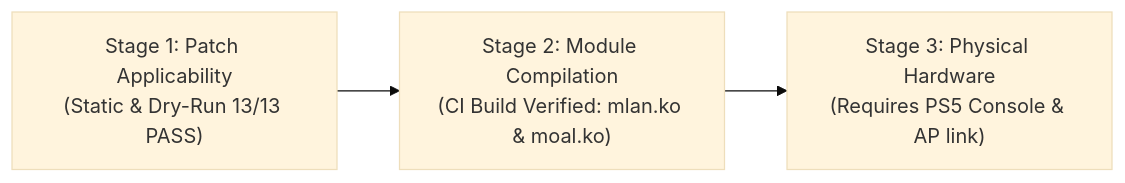
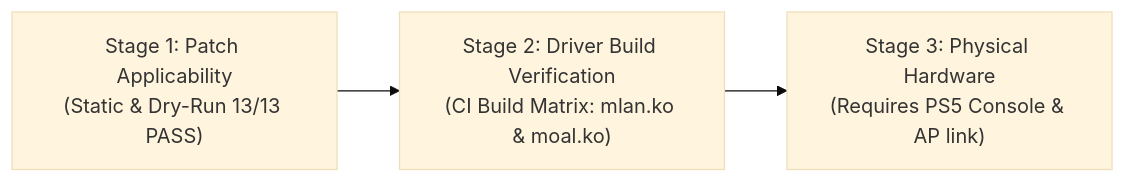
The diagram in patches/wifi/PS5_WIFI_DRIVER_FIX_README.md (ps5-linux/ps5-linux-loader), drawn with Mermaid (base theme) before and after one commit. The commit also changed other lines of this file and 5 other files, not shown here.

Commit message:
feat(wifi): expand CI build matrix for dual-stack modules and artifact retention

````diff
--- a/patches/wifi/PS5_WIFI_DRIVER_FIX_README.md
+++ b/patches/wifi/PS5_WIFI_DRIVER_FIX_README.md
@@ -67,5 +67,5 @@
 ```mermaid
 flowchart LR
-    A["Stage 1: Patch Applicability\n(Static & Dry-Run 13/13 PASS)"] --> B["Stage 2: Module Compilation\n(CI Build Verified: mlan.ko & moal.ko)"]
+    A["Stage 1: Patch Applicability\n(Static & Dry-Run 13/13 PASS)"] --> B["Stage 2: Driver Build Verification\n(CI Build Matrix: mlan.ko & moal.ko)"]
     B --> C["Stage 3: Physical Hardware\n(Requires PS5 Console & AP link)"]
 ```
````
